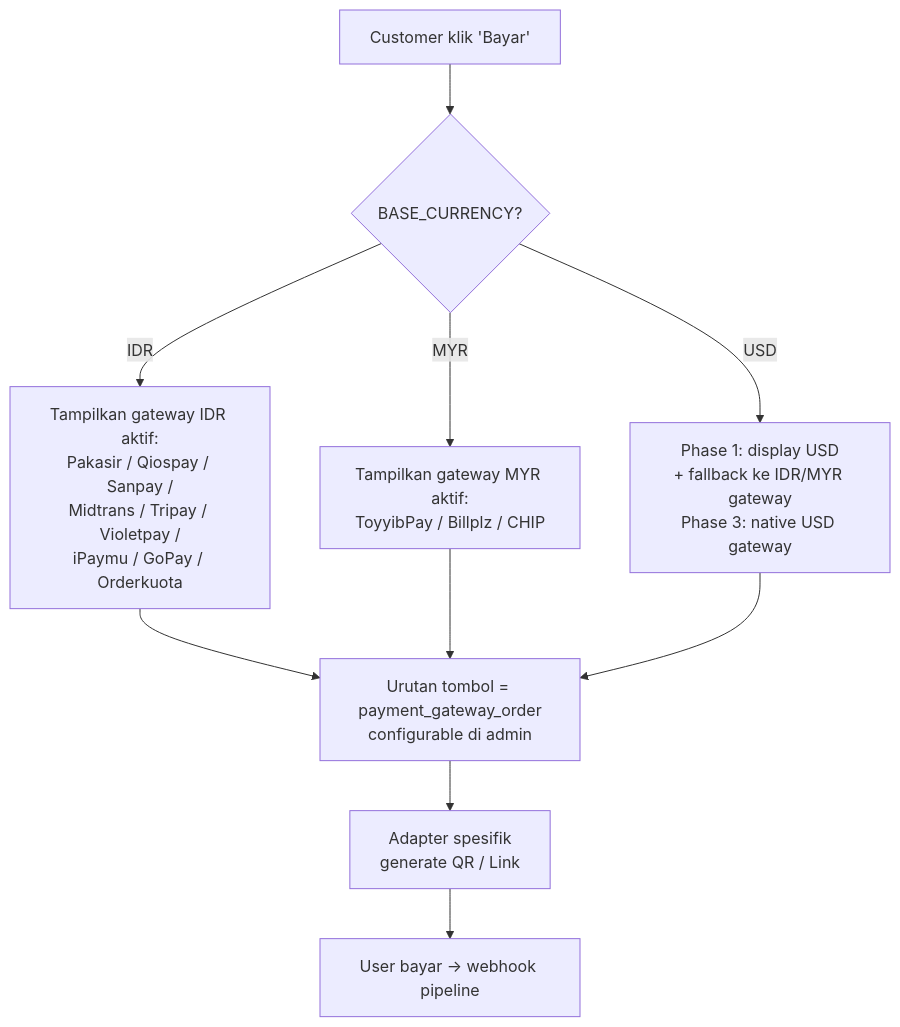
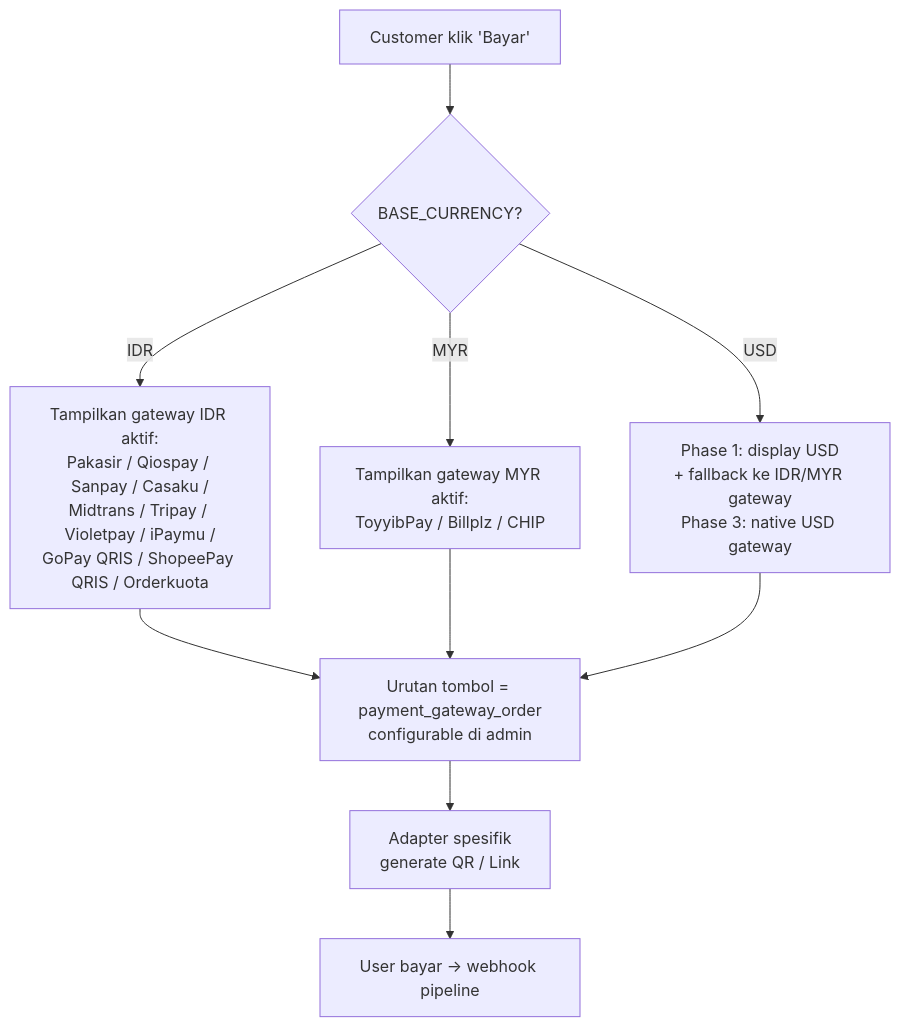
One commit to jundy779/Auto_Order_BOT changed the eighth of 11 diagrams in README.md. Above: the diagram before and after it, drawn with Mermaid. The commit also changed other lines of this file and 4 other files, not shown here.

````diff
--- a/README.md
+++ b/README.md
@@ -901,11 +911,11 @@
 ```mermaid
 flowchart TD
     Start[Customer klik 'Bayar'] --> CC{BASE_CURRENCY?}
-    CC -->|IDR| IDR[Tampilkan gateway IDR aktif:<br/>Pakasir / Qiospay / Sanpay /<br/>Midtrans / Tripay / Violetpay /<br/>iPaymu / GoPay / Orderkuota]
+    CC -->|IDR| IDR[Tampilkan gateway IDR aktif:<br/>Pakasir / Qiospay / Sanpay / Casaku /<br/>Midtrans / Tripay / Violetpay / iPaymu /<br/>GoPay QRIS / ShopeePay QRIS / Orderkuota]
     CC -->|MYR| MYR[Tampilkan gateway MYR aktif:<br/>ToyyibPay / Billplz / CHIP]
     CC -->|USD| USD[Phase 1: display USD<br/>+ fallback ke IDR/MYR gateway<br/>Phase 3: native USD gateway]
 
     IDR & MYR & USD --> Order[Urutan tombol = payment_gateway_order<br/>configurable di admin]
     Order --> Adapter[Adapter spesifik<br/>generate QR / Link]
     Adapter --> Bayar[User bayar → webhook pipeline]
 ```
````
